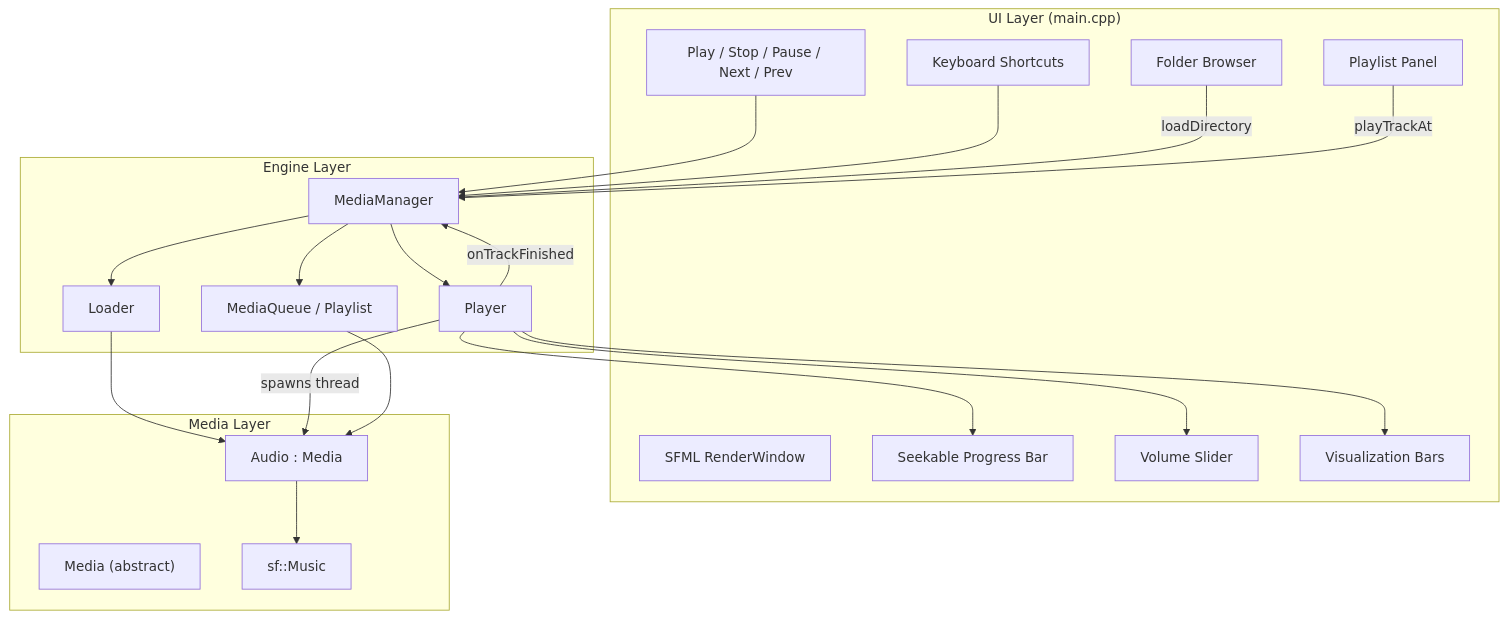
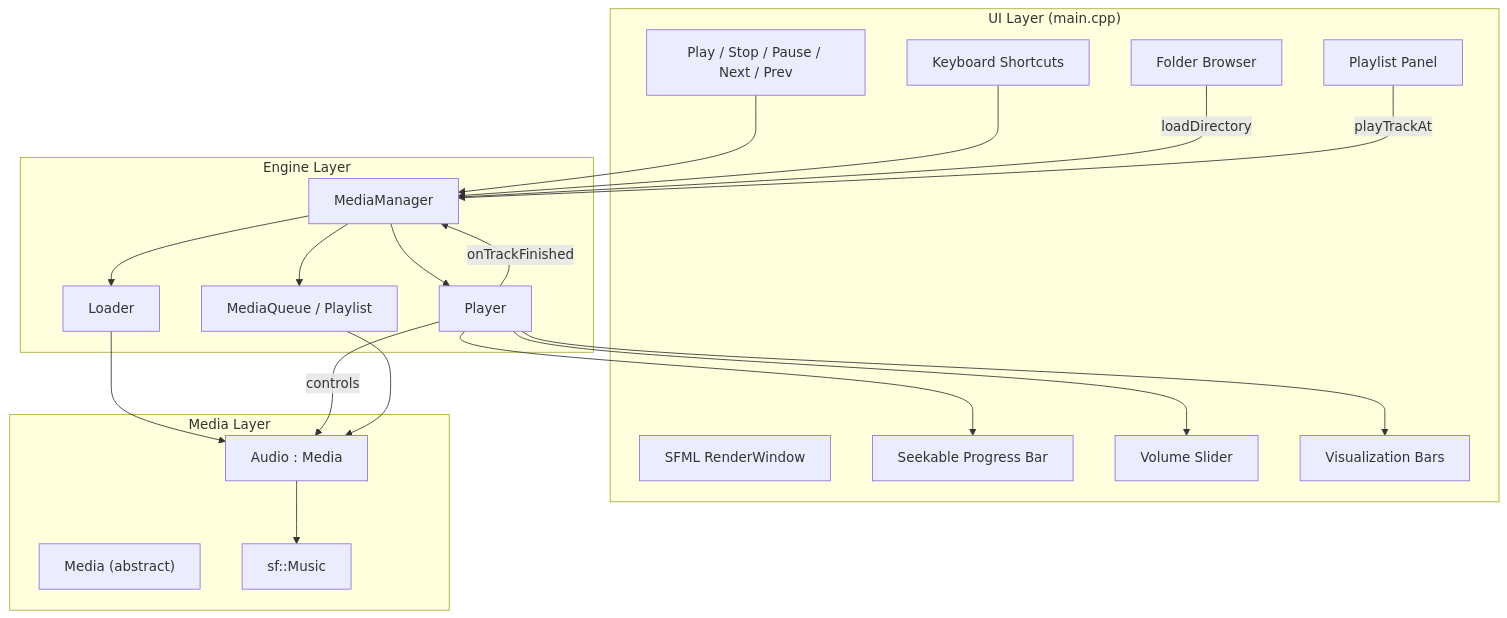
One commit to hariharanragothaman/mediaPlayer changed the second of 2 diagrams in README.md. Above: the diagram before and after it, drawn with Mermaid. The commit also changed other lines of this file and 7 other files, not shown here.

````diff
--- a/README.md
+++ b/README.md
@@ -154,42 +154,42 @@
 ```mermaid
 graph TB
     subgraph UI ["UI Layer (main.cpp)"]
         Window[SFML RenderWindow]
         Buttons[Play / Stop / Pause / Next / Prev]
         ProgressBar[Seekable Progress Bar]
         Volume[Volume Slider]
         Playlist[Playlist Panel]
         Browser[Folder Browser]
         Viz[Visualization Bars]
         KBD[Keyboard Shortcuts]
     end
 
     subgraph Engine ["Engine Layer"]
         MM[MediaManager]
         Player[Player]
         Queue[MediaQueue / Playlist]
         Loader[Loader]
     end
 
     subgraph Media ["Media Layer"]
         MediaBase["Media (abstract)"]
         Audio[Audio : Media]
         SFMusic[sf::Music]
     end
 
     Buttons --> MM
     KBD --> MM
     Browser -->|loadDirectory| MM
     Playlist -->|playTrackAt| MM
     MM --> Player
     MM --> Queue
     MM --> Loader
     Loader --> Audio
     Audio --> SFMusic
-    Player -->|spawns thread| Audio
+    Player -->|controls| Audio
     Player -->|onTrackFinished| MM
     Player --> ProgressBar
     Player --> Volume
     Player --> Viz
     Queue --> Audio
 ```
````
